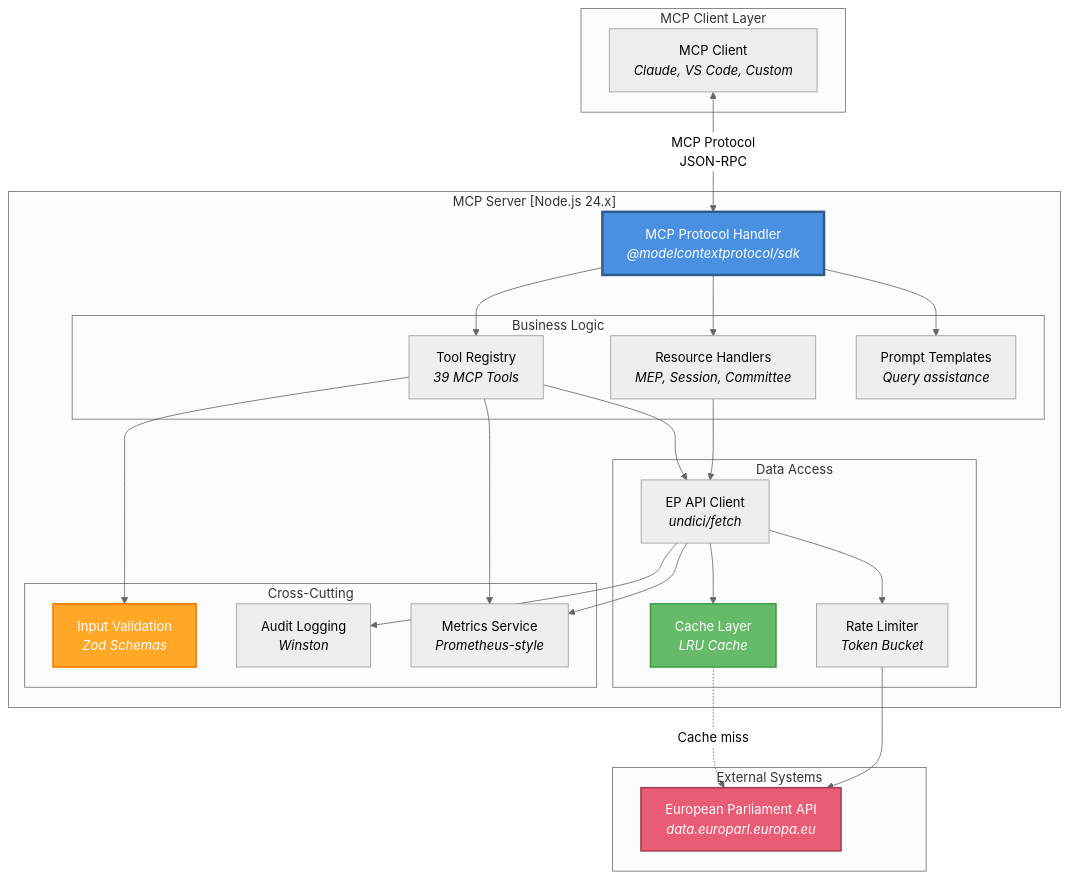
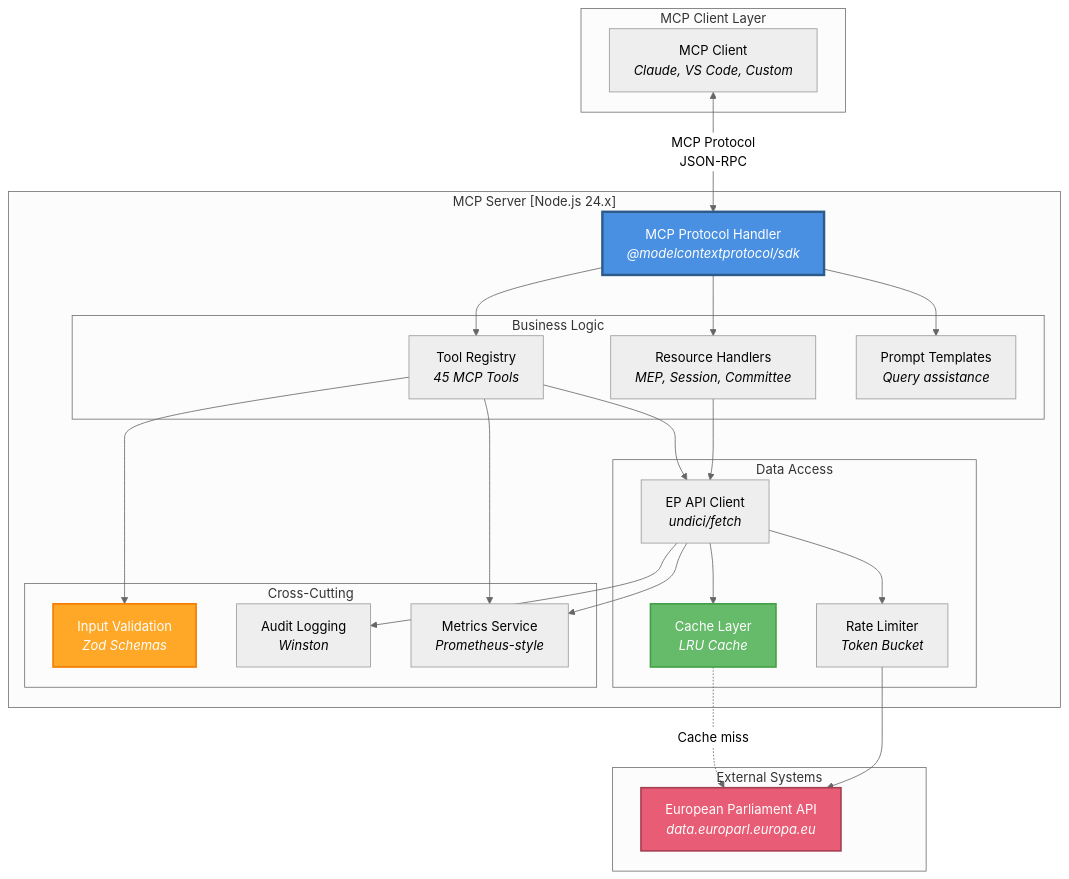
One commit to Hack23/European-Parliament-MCP-Server changed the second of 14 diagrams in ARCHITECTURE_DIAGRAMS.md. Above: the diagram before and after it, drawn with Mermaid (neutral theme). The commit also changed other lines of this file and 1 other file, not shown here.

Commit message:
docs: update C4 architecture diagrams to reflect 45 tools with Phase 6 OSINT

````diff
--- a/ARCHITECTURE_DIAGRAMS.md
+++ b/ARCHITECTURE_DIAGRAMS.md
@@ -114,56 +114,56 @@
 ```mermaid
 graph TB
     subgraph "MCP Client Layer"
         CLIENT[MCP Client<br/><i>Claude, VS Code, Custom</i>]
     end
     
     subgraph "MCP Server [Node.js 24.x]"
         SERVER[MCP Protocol Handler<br/><i>@modelcontextprotocol/sdk</i>]
         
         subgraph "Business Logic"
-            TOOLS[Tool Registry<br/><i>39 MCP Tools</i>]
+            TOOLS[Tool Registry<br/><i>45 MCP Tools</i>]
             RESOURCES[Resource Handlers<br/><i>MEP, Session, Committee</i>]
             PROMPTS[Prompt Templates<br/><i>Query assistance</i>]
         end
         
         subgraph "Data Access"
             API_CLIENT[EP API Client<br/><i>undici/fetch</i>]
             CACHE[Cache Layer<br/><i>LRU Cache</i>]
             RATE_LIMITER[Rate Limiter<br/><i>Token Bucket</i>]
         end
         
         subgraph "Cross-Cutting"
             VALIDATION[Input Validation<br/><i>Zod Schemas</i>]
             LOGGING[Audit Logging<br/><i>Winston</i>]
             METRICS[Metrics Service<br/><i>Prometheus-style</i>]
         end
     end
     
     subgraph "External Systems"
         EP_API[European Parliament API<br/><i>data.europarl.europa.eu</i>]
     end
     
     CLIENT <-->|MCP Protocol<br/>JSON-RPC| SERVER
     SERVER --> TOOLS
     SERVER --> RESOURCES
     SERVER --> PROMPTS
     
     TOOLS --> VALIDATION
     TOOLS --> API_CLIENT
     RESOURCES --> API_CLIENT
     
     API_CLIENT --> CACHE
     API_CLIENT --> RATE_LIMITER
     API_CLIENT --> LOGGING
     
     CACHE -.->|Cache miss| EP_API
     RATE_LIMITER --> EP_API
     
     TOOLS --> METRICS
     API_CLIENT --> METRICS
     
     style SERVER fill:#4A90E2,stroke:#2E5C8A,stroke-width:3px,color:#fff
     style EP_API fill:#E85D75,stroke:#A53F52,stroke-width:2px,color:#fff
     style CACHE fill:#66BB6A,stroke:#43A047,stroke-width:2px,color:#fff
     style VALIDATION fill:#FFA726,stroke:#F57C00,stroke-width:2px,color:#fff
 ```
````
